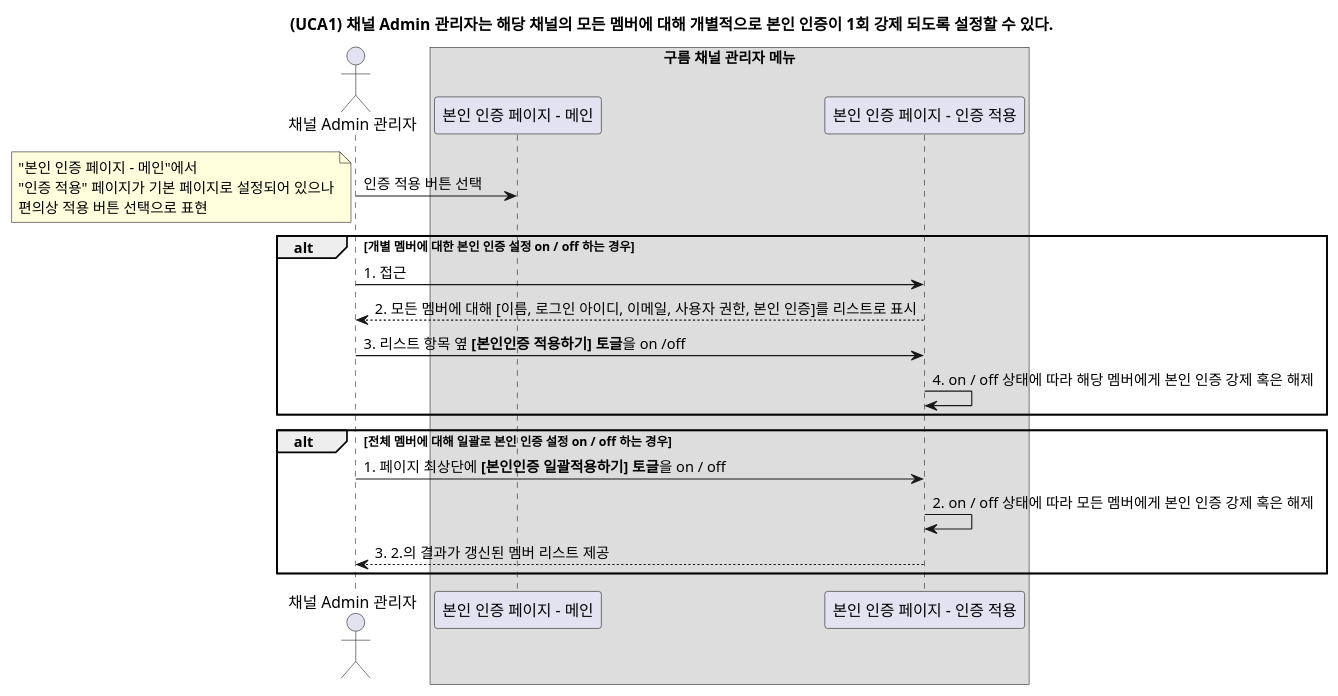
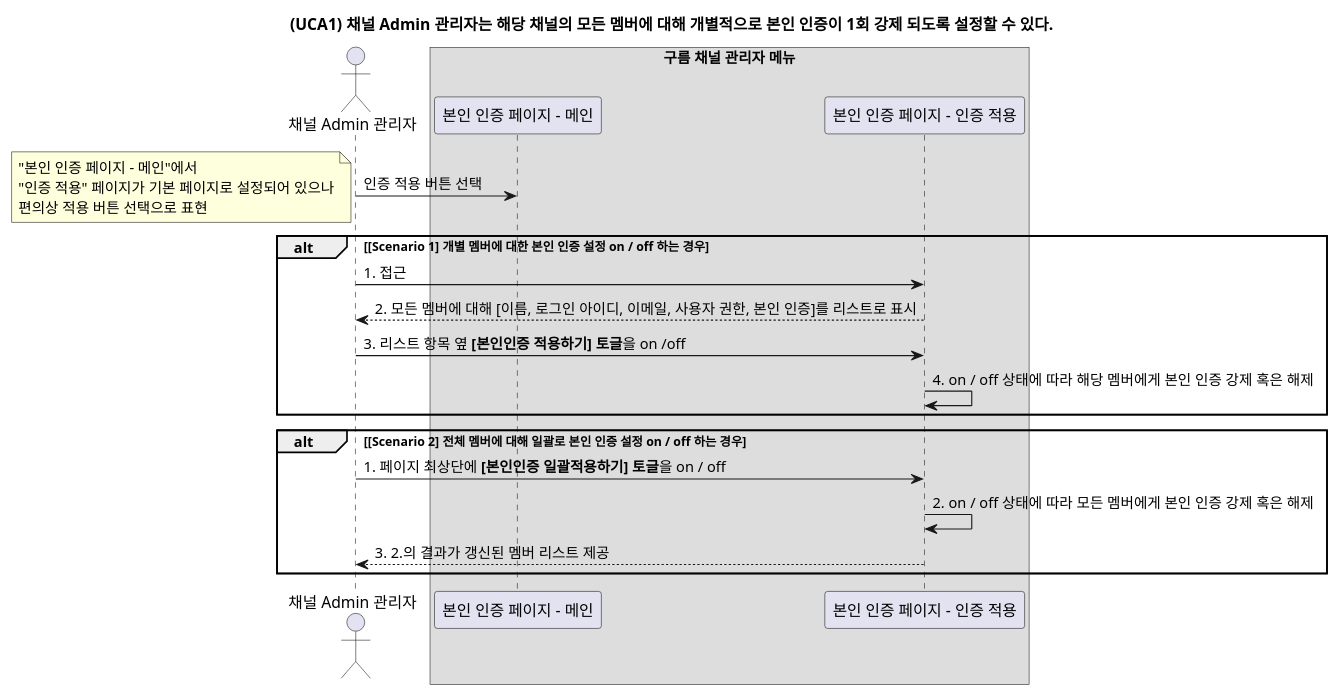
Before and after one commit to YoonsooOh/tech-study: the diagram in 본인인증기획/시퀀스 다이어그램/UCA1.puml, drawn with PlantUML. The commit also changed 1 other file, not shown here.

```diff
--- a/본인인증기획/시퀀스 다이어그램/UCA1.puml
+++ b/본인인증기획/시퀀스 다이어그램/UCA1.puml
@@ -1,32 +1,32 @@
 @startuml
 
 title (UCA1) 채널 Admin 관리자는 해당 채널의 모든 멤버에 대해 개별적으로 본인 인증이 1회 강제 되도록 설정할 수 있다.
 
 actor "채널 Admin 관리자"
 
 box "구름 채널 관리자 메뉴"
 participant "본인 인증 페이지 - 메인"
 participant "본인 인증 페이지 - 인증 적용"
 endbox
 
 "채널 Admin 관리자" -> "본인 인증 페이지 - 메인" : 인증 적용 버튼 선택
 note left
 "본인 인증 페이지 - 메인"에서
 "인증 적용" 페이지가 기본 페이지로 설정되어 있으나
 편의상 적용 버튼 선택으로 표현
 end note
 
 
-alt 개별 멤버에 대한 본인 인증 설정 on / off 하는 경우
+alt [Scenario 1] 개별 멤버에 대한 본인 인증 설정 on / off 하는 경우
 "채널 Admin 관리자" -> "본인 인증 페이지 - 인증 적용" : 1. 접근
 "본인 인증 페이지 - 인증 적용" --> "채널 Admin 관리자" : 2. 모든 멤버에 대해 [이름, 로그인 아이디, 이메일, 사용자 권한, 본인 인증]를 리스트로 표시
 "채널 Admin 관리자" -> "본인 인증 페이지 - 인증 적용" : 3. 리스트 항목 옆 **[본인인증 적용하기] 토글**을 on /off
 "본인 인증 페이지 - 인증 적용" -> "본인 인증 페이지 - 인증 적용" : 4. on / off 상태에 따라 해당 멤버에게 본인 인증 강제 혹은 해제
 end
 
-alt 전체 멤버에 대해 일괄로 본인 인증 설정 on / off 하는 경우
+alt [Scenario 2] 전체 멤버에 대해 일괄로 본인 인증 설정 on / off 하는 경우
 "채널 Admin 관리자" -> "본인 인증 페이지 - 인증 적용" : 1. 페이지 최상단에 **[본인인증 일괄적용하기] 토글**을 on / off
 "본인 인증 페이지 - 인증 적용" -> "본인 인증 페이지 - 인증 적용" : 2. on / off 상태에 따라 모든 멤버에게 본인 인증 강제 혹은 해제
 "본인 인증 페이지 - 인증 적용" --> "채널 Admin 관리자" : 3. 2.의 결과가 갱신된 멤버 리스트 제공
 end
 @enduml
```
